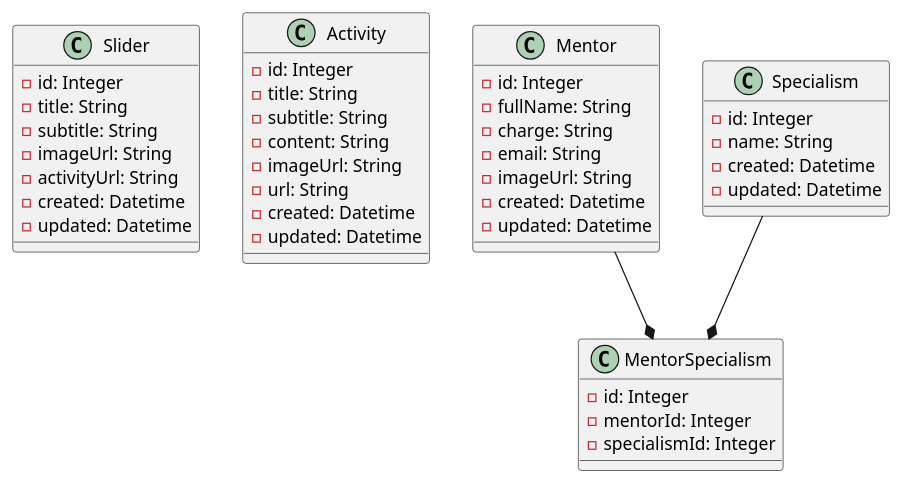
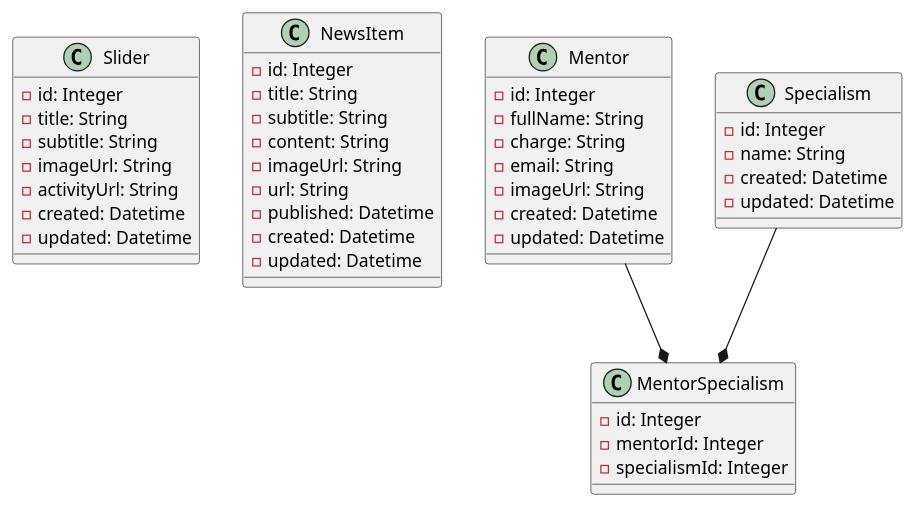
The diagram in docs/class_diagram.puml (pepeul1191/rails-innova), drawn with PlantUML before and after one commit. The commit also changed 2 other files, not shown here.

```diff
--- a/docs/class_diagram.puml
+++ b/docs/class_diagram.puml
@@ -1,52 +1,53 @@
 @startuml
 
 ' Definición de clases
 class Slider {
   - id: Integer
   - title: String
   - subtitle: String
   - imageUrl: String
   - activityUrl: String
   - created: Datetime 
   - updated: Datetime
 }
 
-class Activity {
+class NewsItem {
   - id: Integer
   - title: String
   - subtitle: String
   - content: String
   - imageUrl: String
   - url: String
+  - published: Datetime 
   - created: Datetime 
   - updated: Datetime
 }
 
 class Mentor {
   - id: Integer
   - fullName: String
   - charge: String
   - email: String
   - imageUrl: String
   - created: Datetime 
   - updated: Datetime
 }
 
 class MentorSpecialism{
   - id: Integer
   - mentorId: Integer
   - specialismId: Integer
 }
 
 class Specialism{
   - id: Integer
   - name: String
   - created: Datetime 
   - updated: Datetime
 }
 
 ' Relaciones
 Mentor --* MentorSpecialism
 Specialism --* MentorSpecialism
 
 @enduml
```
